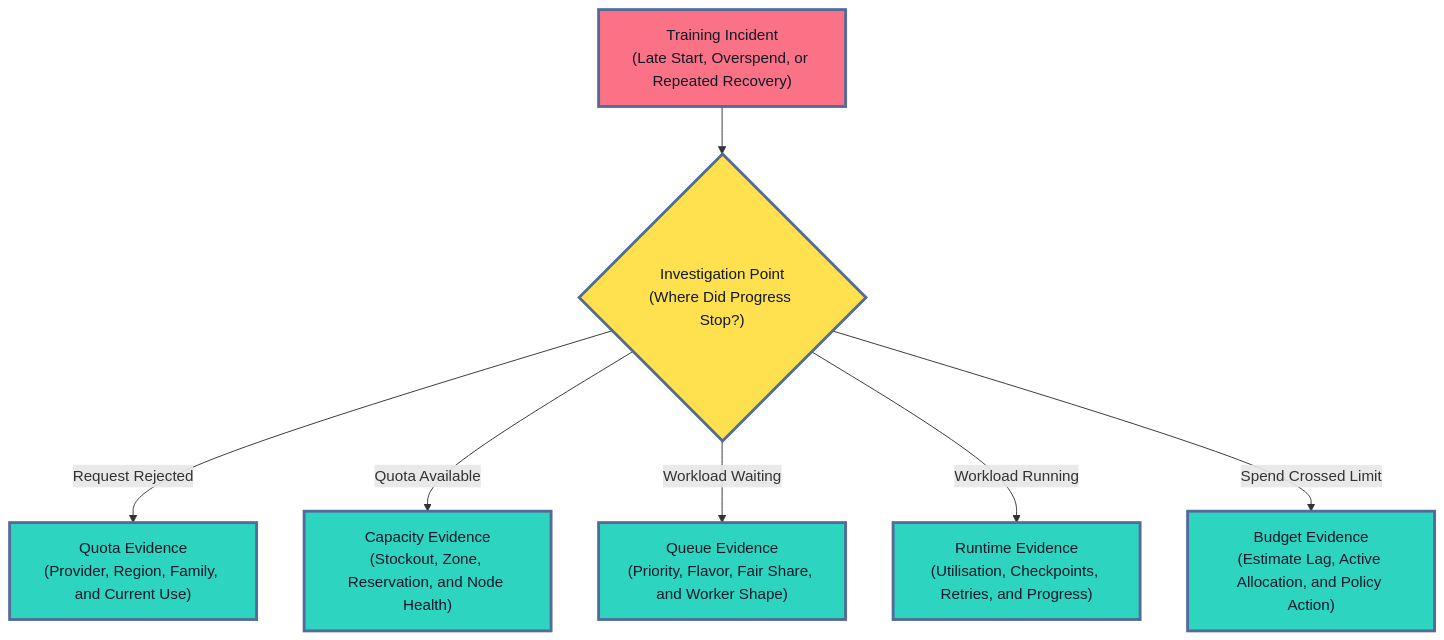
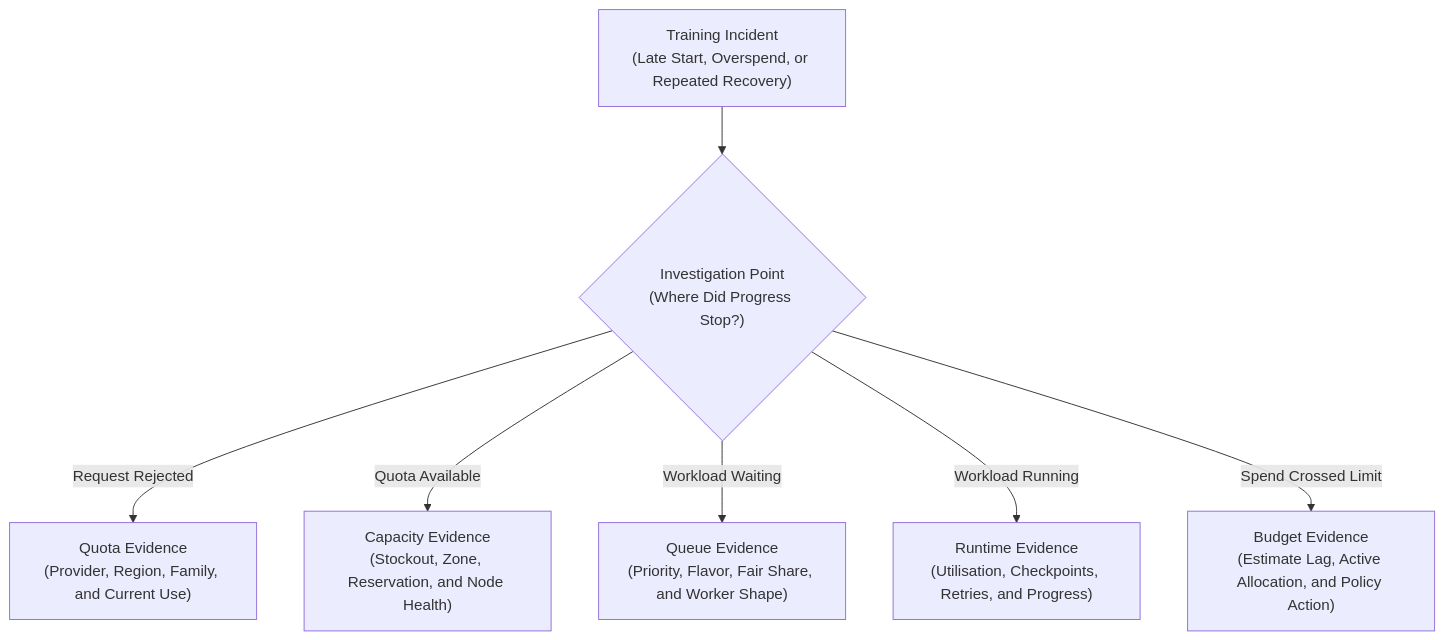
The fifth of 5 diagrams in roadmaps/mlops/modules/training-pipelines/scaling-training/03-training-cost-and-quotas.md (senlinyy/dev-roadmaps), drawn with Mermaid before and after one commit. The commit also changed other lines of this file and 152 other files, not shown here.

Commit message:
feat: mlops and diagrams updated

````diff
--- a/roadmaps/mlops/modules/training-pipelines/scaling-training/03-training-cost-and-quotas.md
+++ b/roadmaps/mlops/modules/training-pipelines/scaling-training/03-training-cost-and-quotas.md
@@ -447,16 +434,13 @@
 ```mermaid
 flowchart TD
     A["Training Incident<br/>(Late Start, Overspend, or Repeated Recovery)"] --> B{"Investigation Point<br/>(Where Did Progress Stop?)"}
     B -->|"Request Rejected"| C["Quota Evidence<br/>(Provider, Region, Family, and Current Use)"]
     B -->|"Quota Available"| D["Capacity Evidence<br/>(Stockout, Zone, Reservation, and Node Health)"]
     B -->|"Workload Waiting"| E["Queue Evidence<br/>(Priority, Flavor, Fair Share, and Worker Shape)"]
     B -->|"Workload Running"| F["Runtime Evidence<br/>(Utilisation, Checkpoints, Retries, and Progress)"]
     B -->|"Spend Crossed Limit"| G["Budget Evidence<br/>(Estimate Lag, Active Allocation, and Policy Action)"]
 
-    classDef incident fill:#FB7185,stroke:#536A9A,stroke-width:3px,color:#111827
-    classDef decision fill:#FFE04F,stroke:#536A9A,stroke-width:3px,color:#111827
-    classDef evidence fill:#2DD4BF,stroke:#536A9A,stroke-width:3px,color:#0F172A
     class A incident
     class B decision
     class C,D,E,F,G evidence
 ```
````
